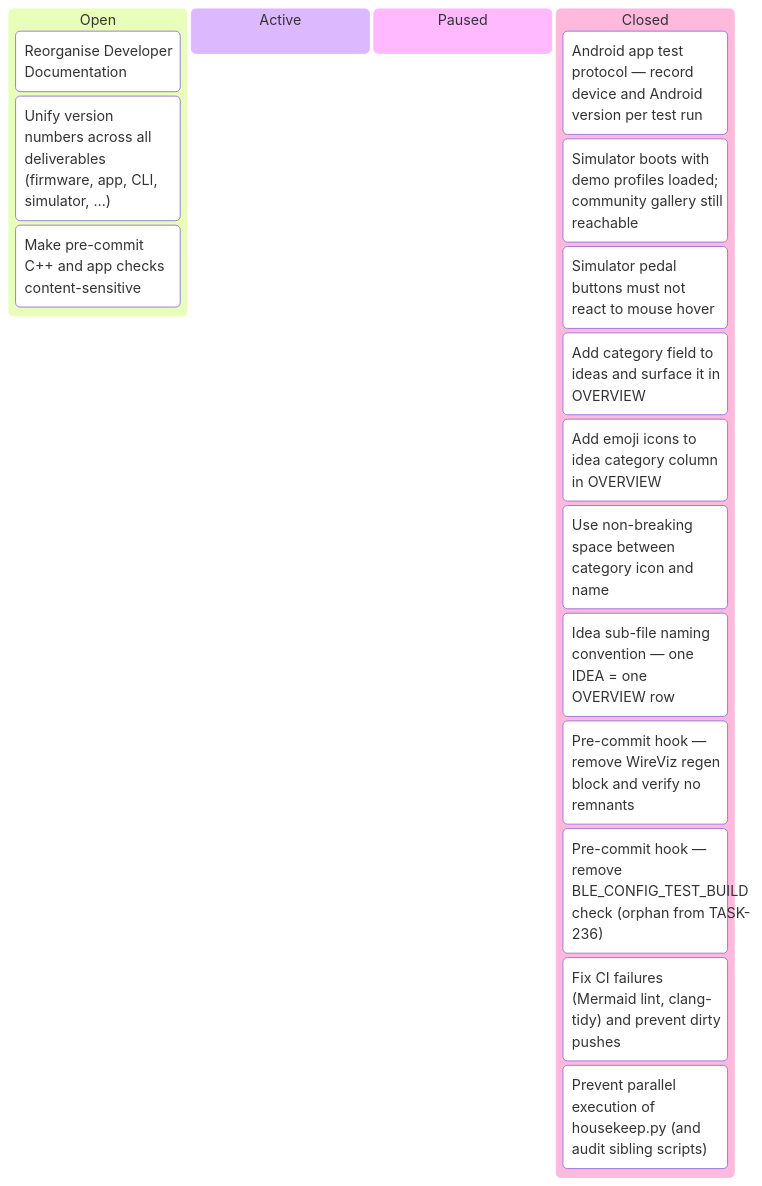
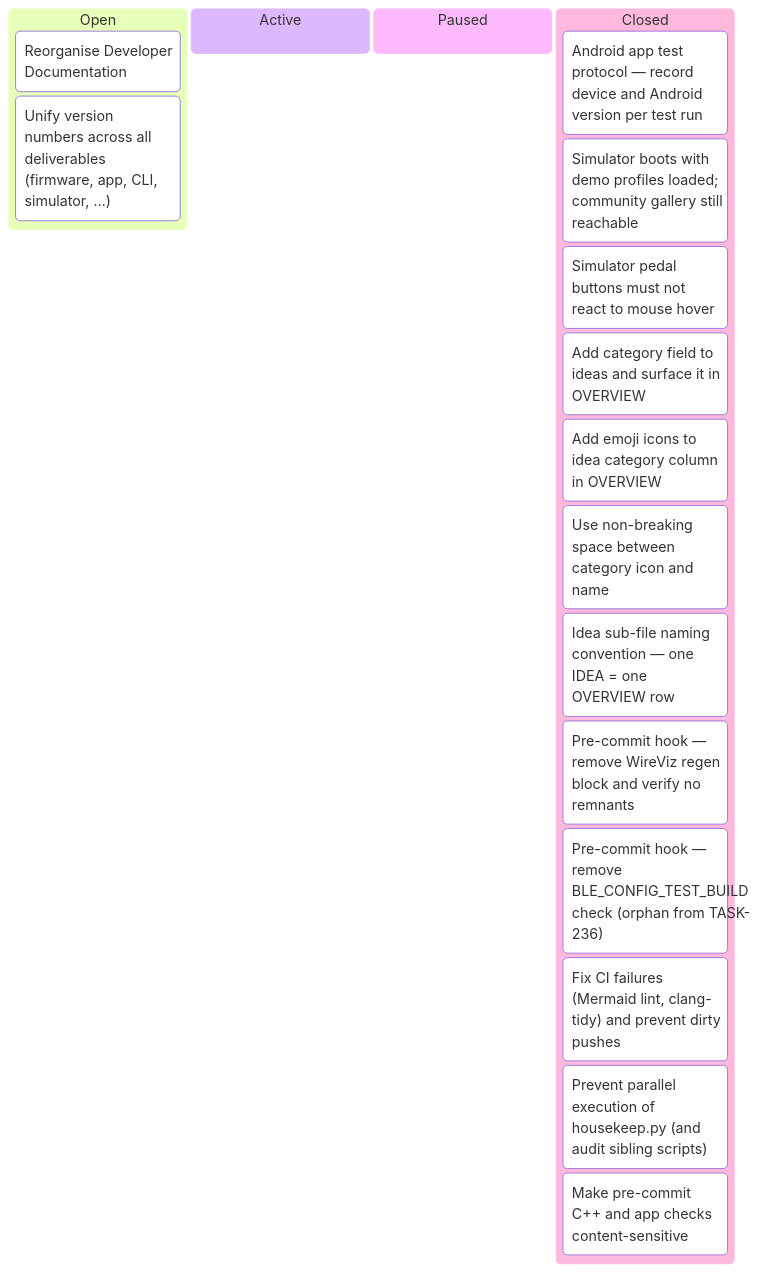
Before and after one commit to tgd1975/AwesomeStudioPedal: the seventh of 7 diagrams in docs/developers/tasks/KANBAN.md, drawn with Mermaid. The commit also changed other lines of this file and 4 other files, not shown here.

First line of the commit message:
close TASK-346: Make pre-commit C++ checks content-sensitive

````diff
--- a/docs/developers/tasks/KANBAN.md
+++ b/docs/developers/tasks/KANBAN.md
@@ -113,21 +113,21 @@
 ```mermaid
 kanban
   Open
     TASK_148["Reorganise Developer Documentation"]
     TASK_260["Unify version numbers across all deliverables (firmware, app, CLI, simulator, …)"]
-    TASK_346["Make pre-commit C++ and app checks content-sensitive"]
   Active
   Paused
   Closed
     TASK_259["Android app test protocol — record device and Android version per test run"]
     TASK_303["Simulator boots with demo profiles loaded; community gallery still reachable"]
     TASK_304["Simulator pedal buttons must not react to mouse hover"]
     TASK_305["Add category field to ideas and surface it in OVERVIEW"]
     TASK_313["Add emoji icons to idea category column in OVERVIEW"]
     TASK_314["Use non-breaking space between category icon and name"]
     TASK_315["Idea sub-file naming convention — one IDEA = one OVERVIEW row"]
     TASK_319["Pre-commit hook — remove WireViz regen block and verify no remnants"]
     TASK_320["Pre-commit hook — remove BLE_CONFIG_TEST_BUILD check (orphan from TASK-236)"]
     TASK_321["Fix CI failures (Mermaid lint, clang-tidy) and prevent dirty pushes"]
     TASK_328["Prevent parallel execution of housekeep.py (and audit sibling scripts)"]
+    TASK_346["Make pre-commit C++ and app checks content-sensitive"]
 ```
````
